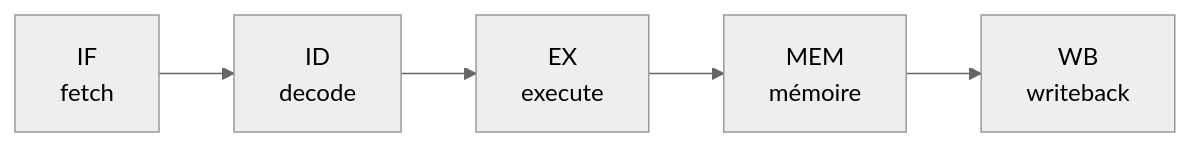
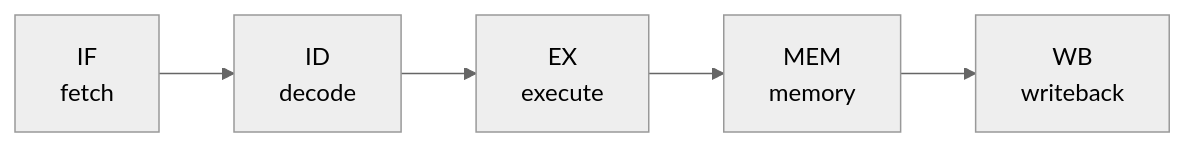
The diagram in Kmila.Shared/wwwroot/Learn/fr/cpu/01-cpu-overview.md (Kmila9s/Kmila), drawn with Mermaid (neutral theme) before and after one commit. The commit also changed other lines of this file and 207 other files, not shown here.

````diff
--- a/Kmila.Shared/wwwroot/Learn/fr/cpu/01-cpu-overview.md
+++ b/Kmila.Shared/wwwroot/Learn/fr/cpu/01-cpu-overview.md
@@ -5,4 +5,4 @@
 ```mermaid
 flowchart LR
-    IF["IF<br/>fetch"] --> ID["ID<br/>decode"] --> EX["EX<br/>execute"] --> MEM["MEM<br/>mémoire"] --> WB["WB<br/>writeback"]
+    IF["IF<br/>fetch"] --> ID["ID<br/>decode"] --> EX["EX<br/>execute"] --> MEM["MEM<br/>memory"] --> WB["WB<br/>writeback"]
 ```
````
